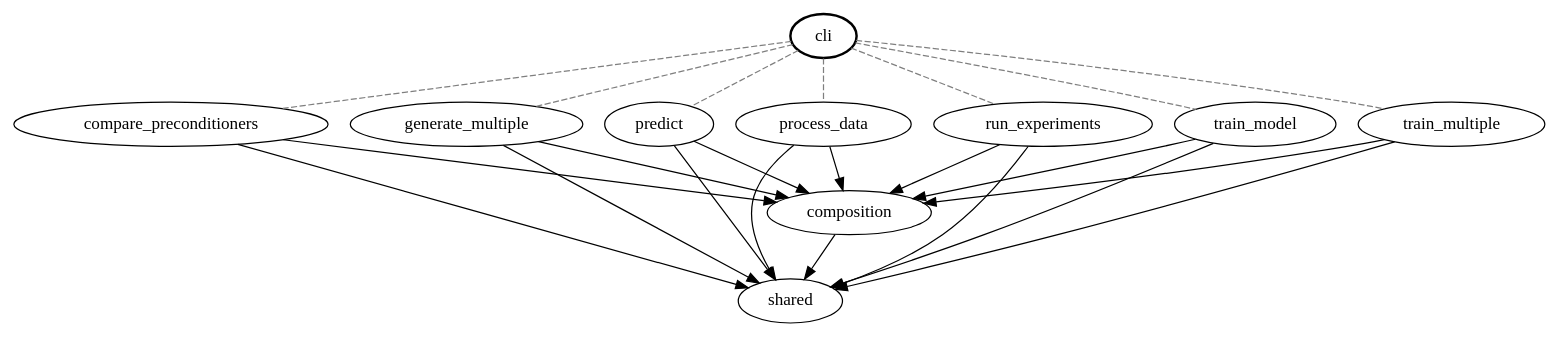
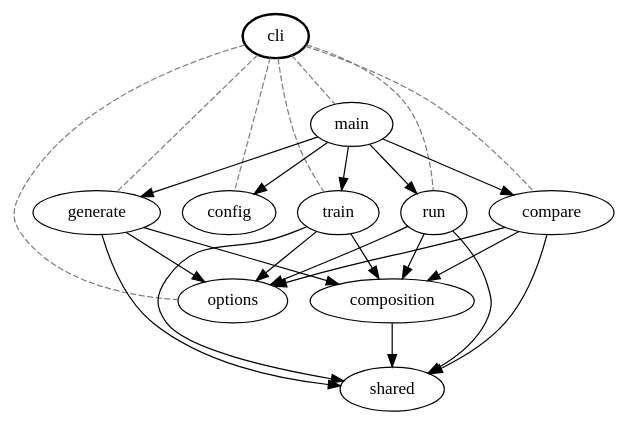
One commit to constatza/dl-experiments changed the diagram in docs/neuralls/diagrams/cli.dot. Above: the diagram before and after it, drawn with Graphviz. The commit also changed 2 other files, not shown here.

Commit message:
docs: update guides for profile-based config and case-centric CLI
- Rewrite README with unified neuralls CLI and profile setup instructions
- Update configs/README to document machine roots via neuralls config,
  replace .env.example references with profile workflow
- Expand cli/README with profile management and machine configuration sections
- Refresh composition/README and platform/README module descriptions
- Update cli.dot diagram to reflect new Typer app command structure

```diff
--- a/docs/neuralls/diagrams/cli.dot
+++ b/docs/neuralls/diagrams/cli.dot
@@ -1,34 +1,37 @@
 digraph {
 "neuralls.cli" [label="cli" style="bold"];
-"neuralls.cli.compare_preconditioners" [label="compare_preconditioners"];
-"neuralls.cli.generate_multiple" [label="generate_multiple"];
-"neuralls.cli.predict" [label="predict"];
-"neuralls.cli.process_data" [label="process_data"];
-"neuralls.cli.run_experiments" [label="run_experiments"];
-"neuralls.cli.train_model" [label="train_model"];
-"neuralls.cli.train_multiple" [label="train_multiple"];
+"neuralls.cli.main" [label="main"];
+"neuralls.cli.config" [label="config"];
+"neuralls.cli.generate" [label="generate"];
+"neuralls.cli.train" [label="train"];
+"neuralls.cli.run" [label="run"];
+"neuralls.cli.compare" [label="compare"];
+"neuralls.cli.options" [label="options"];
 "neuralls.composition" [label="composition"];
 "neuralls.shared" [label="shared"];
-"neuralls.cli" -> "neuralls.cli.compare_preconditioners" [style="dashed" color="gray50" arrowhead="none"];
-"neuralls.cli" -> "neuralls.cli.generate_multiple" [style="dashed" color="gray50" arrowhead="none"];
-"neuralls.cli" -> "neuralls.cli.predict" [style="dashed" color="gray50" arrowhead="none"];
-"neuralls.cli" -> "neuralls.cli.process_data" [style="dashed" color="gray50" arrowhead="none"];
-"neuralls.cli" -> "neuralls.cli.run_experiments" [style="dashed" color="gray50" arrowhead="none"];
-"neuralls.cli" -> "neuralls.cli.train_model" [style="dashed" color="gray50" arrowhead="none"];
-"neuralls.cli" -> "neuralls.cli.train_multiple" [style="dashed" color="gray50" arrowhead="none"];
-"neuralls.cli.compare_preconditioners" -> "neuralls.composition";
-"neuralls.cli.compare_preconditioners" -> "neuralls.shared";
-"neuralls.cli.generate_multiple" -> "neuralls.composition";
-"neuralls.cli.generate_multiple" -> "neuralls.shared";
-"neuralls.cli.predict" -> "neuralls.composition";
-"neuralls.cli.predict" -> "neuralls.shared";
-"neuralls.cli.process_data" -> "neuralls.composition";
-"neuralls.cli.process_data" -> "neuralls.shared";
-"neuralls.cli.run_experiments" -> "neuralls.composition";
-"neuralls.cli.run_experiments" -> "neuralls.shared";
-"neuralls.cli.train_model" -> "neuralls.composition";
-"neuralls.cli.train_model" -> "neuralls.shared";
-"neuralls.cli.train_multiple" -> "neuralls.composition";
-"neuralls.cli.train_multiple" -> "neuralls.shared";
+"neuralls.cli" -> "neuralls.cli.main" [style="dashed" color="gray50" arrowhead="none"];
+"neuralls.cli" -> "neuralls.cli.config" [style="dashed" color="gray50" arrowhead="none"];
+"neuralls.cli" -> "neuralls.cli.generate" [style="dashed" color="gray50" arrowhead="none"];
+"neuralls.cli" -> "neuralls.cli.train" [style="dashed" color="gray50" arrowhead="none"];
+"neuralls.cli" -> "neuralls.cli.run" [style="dashed" color="gray50" arrowhead="none"];
+"neuralls.cli" -> "neuralls.cli.compare" [style="dashed" color="gray50" arrowhead="none"];
+"neuralls.cli" -> "neuralls.cli.options" [style="dashed" color="gray50" arrowhead="none"];
+"neuralls.cli.main" -> "neuralls.cli.config";
+"neuralls.cli.main" -> "neuralls.cli.generate";
+"neuralls.cli.main" -> "neuralls.cli.train";
+"neuralls.cli.main" -> "neuralls.cli.run";
+"neuralls.cli.main" -> "neuralls.cli.compare";
+"neuralls.cli.generate" -> "neuralls.cli.options";
+"neuralls.cli.generate" -> "neuralls.composition";
+"neuralls.cli.generate" -> "neuralls.shared";
+"neuralls.cli.train" -> "neuralls.cli.options";
+"neuralls.cli.train" -> "neuralls.composition";
+"neuralls.cli.train" -> "neuralls.shared";
+"neuralls.cli.run" -> "neuralls.cli.options";
+"neuralls.cli.run" -> "neuralls.composition";
+"neuralls.cli.run" -> "neuralls.shared";
+"neuralls.cli.compare" -> "neuralls.cli.options";
+"neuralls.cli.compare" -> "neuralls.composition";
+"neuralls.cli.compare" -> "neuralls.shared";
 "neuralls.composition" -> "neuralls.shared";
 }
```
